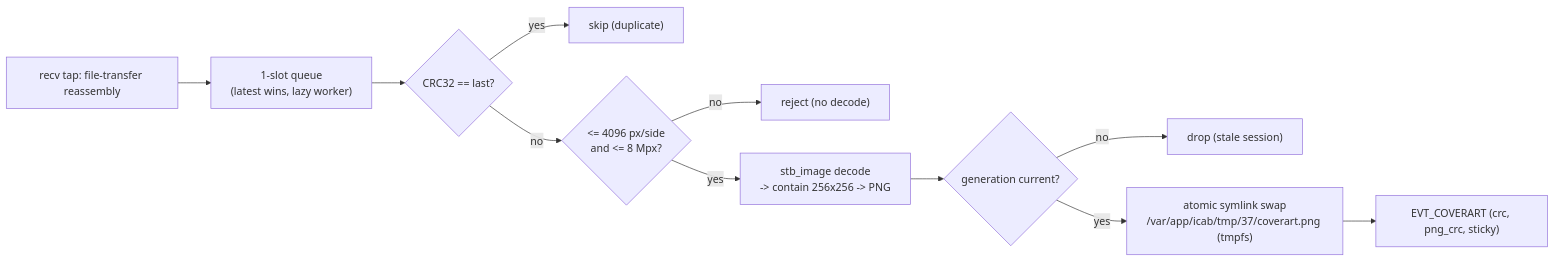
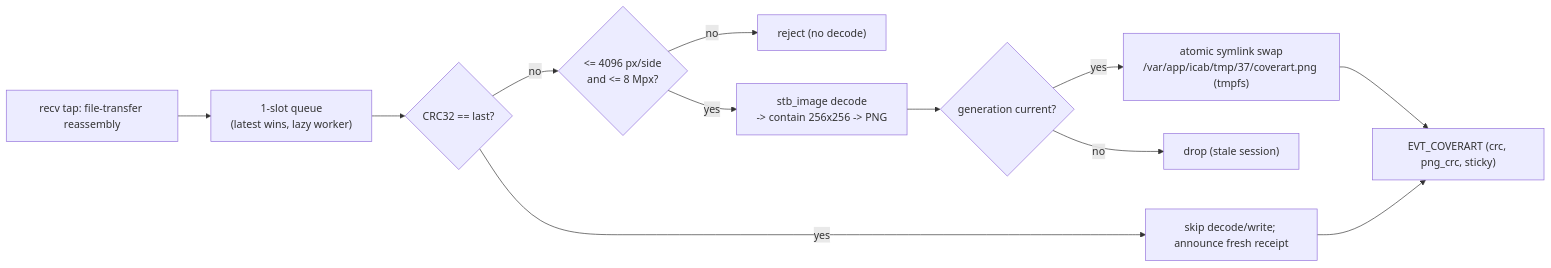
One commit to lindayi/mib2-carplay-rgi-altscreen changed the diagram in docs/hook/cover-art.md. Above: the diagram before and after it, drawn with Mermaid. The commit also changed other lines of this file and 32 other files, not shown here.

````diff
--- a/docs/hook/cover-art.md
+++ b/docs/hook/cover-art.md
@@ -59,16 +59,17 @@
 ```mermaid
 flowchart LR
     accTitle: Cover art decode worker
     accDescr: Reassembled artwork goes through a one-slot queue, duplicates are skipped by CRC32, oversized images are rejected before decode, new images are decoded, resized to a PNG, and published only if their Identify generation is still current.
 
     recv["recv tap: file-transfer reassembly"] --> q["1-slot queue<br/>(latest wins, lazy worker)"]
     q --> crc{"CRC32 == last?"}
-    crc -- "yes" --> skip["skip (duplicate)"]
+    crc -- "yes" --> skip["skip decode/write; announce fresh receipt"]
     crc -- "no" --> dim{"<= 4096 px/side<br/>and <= 8 Mpx?"}
     dim -- "no" --> rej["reject (no decode)"]
     dim -- "yes" --> dec["stb_image decode<br/>-> contain 256x256 -> PNG"]
     dec --> gen{"generation current?"}
     gen -- "no" --> drop["drop (stale session)"]
     gen -- "yes" --> fs["atomic symlink swap<br/>/var/app/icab/tmp/37/coverart.png (tmpfs)"]
     fs --> ev["EVT_COVERART (crc, png_crc, sticky)"]
+    skip --> ev
 ```
````
